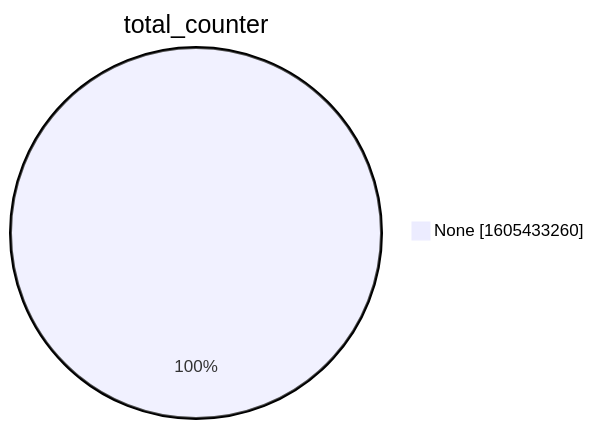
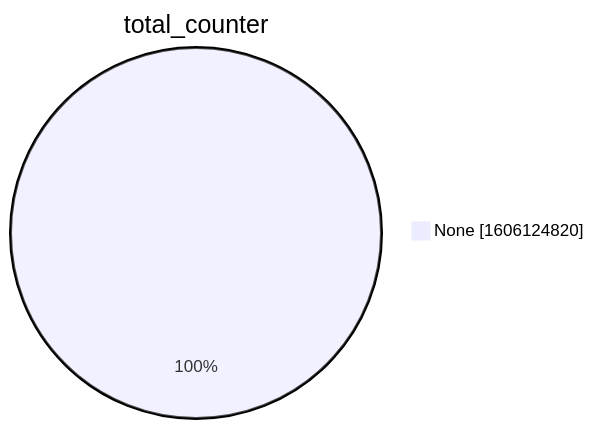
One commit to christiankrug/ctmonitor_visualization changed the second of 15 diagrams in xenon2022/README.md. Above: the diagram before and after it, drawn with Mermaid. The commit also changed other lines of this file, not shown here.

````diff
--- a/xenon2022/README.md
+++ b/xenon2022/README.md
@@ -9,5 +9,5 @@
 ```mermaid
 pie showData
 title total_counter
-"None" :1605433260
+"None" :1606124820
 ```
````
